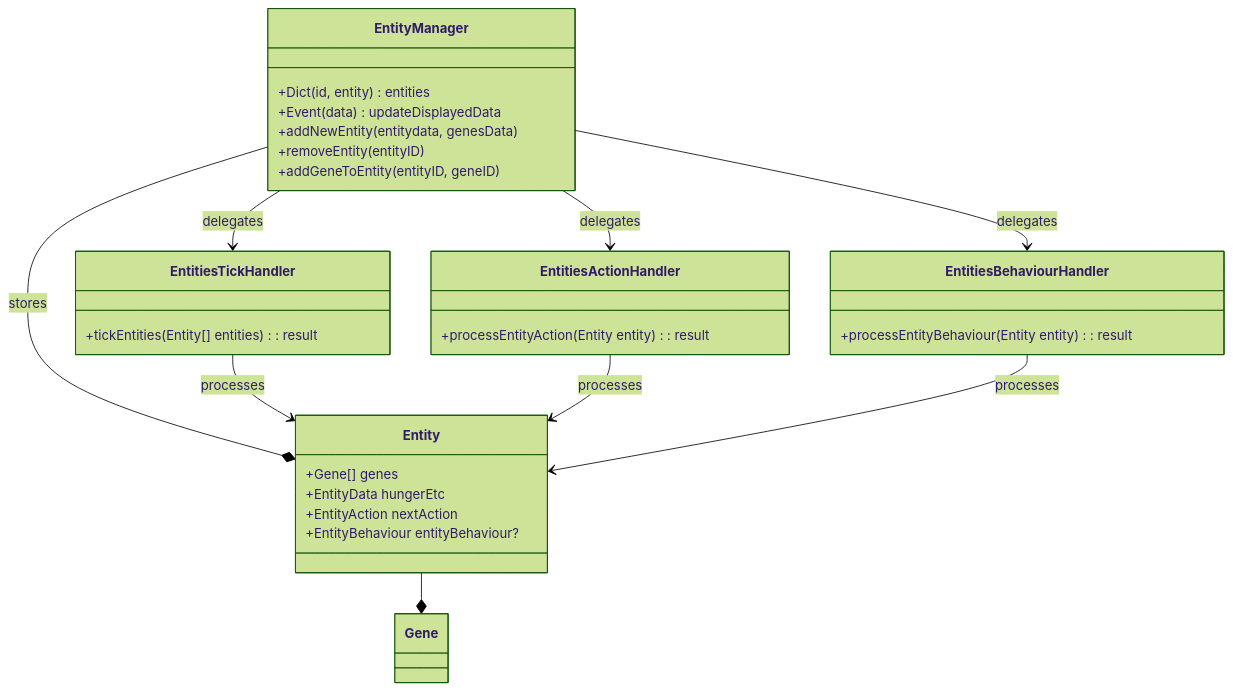
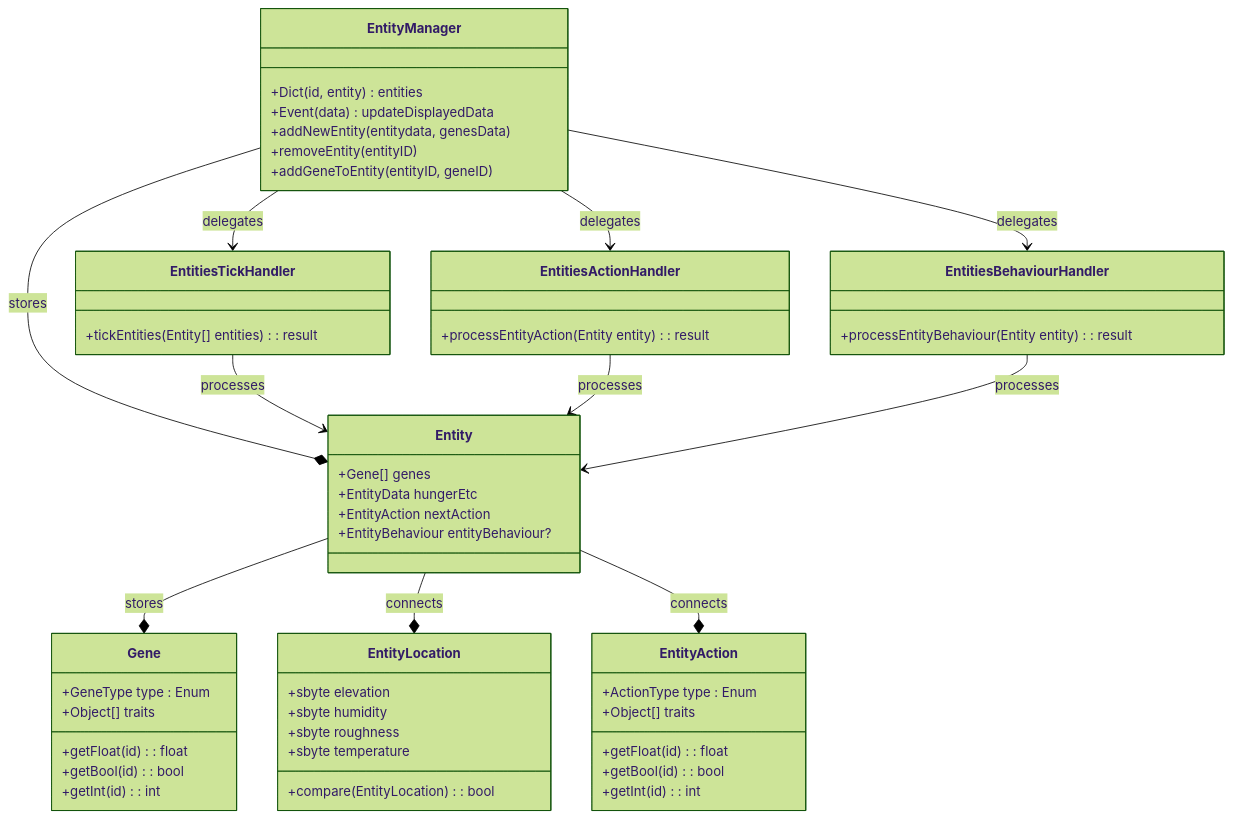
Before and after one commit to Mephris/Wilder: the second of 3 diagrams in TDD.md, drawn with Mermaid (forest theme). The commit also changed other lines of this file, not shown here.

Commit message:
vault backup: 2026-05-04 22:49:03

````diff
--- a/TDD.md
+++ b/TDD.md
@@ -43,43 +43,71 @@
 ```mermaid
 classDiagram
 
 class EntityManager{
 	+Dict(id, entity) entities
 	+Event(data) updateDisplayedData
 	
 	+addNewEntity(entitydata, genesData)
 	+removeEntity(entityID)
 	+addGeneToEntity(entityID, geneID)
 }
 
 class EntitiesTickHandler{
 	+tickEntities(Entity[] entities) : result
 }
 
 class EntitiesActionHandler{
 	+processEntityAction(Entity entity) : result
 }
 
 class EntitiesBehaviourHandler{
 	+processEntityBehaviour(Entity entity) : result
 }
 
 class Entity{
 	+Gene[] genes
 	+EntityData hungerEtc
 	+EntityAction nextAction
 	+EntityBehaviour entityBehaviour?
 }
 
+class Gene{
+	+GeneType type : Enum
+	+Object[] traits
+	
+	+getFloat(id) : float
+	+getBool(id) : bool
+	+getInt(id) : int
+}
+
+class EntityLocation {
+	+sbyte elevation
+	+sbyte humidity
+	+sbyte roughness
+	+sbyte temperature
+	
+	+compare(EntityLocation) : bool
+}
+
+class EntityAction {
+	+ActionType type : Enum
+	+Object[] traits
+	
+	+getFloat(id) : float
+	+getBool(id) : bool
+	+getInt(id) : int
+}
+
 EntityManager --* Entity : stores
 EntityManager --> EntitiesActionHandler : delegates
 EntityManager --> EntitiesTickHandler : delegates
 EntityManager --> EntitiesBehaviourHandler : delegates
 EntitiesTickHandler --> Entity : processes
 EntitiesActionHandler --> Entity : processes
 EntitiesBehaviourHandler --> Entity : processes
+Entity --* Gene : stores
+Entity --* EntityLocation : connects
+Entity --* EntityAction : connects
 
 
-
-Entity --* Gene
 ```
````
